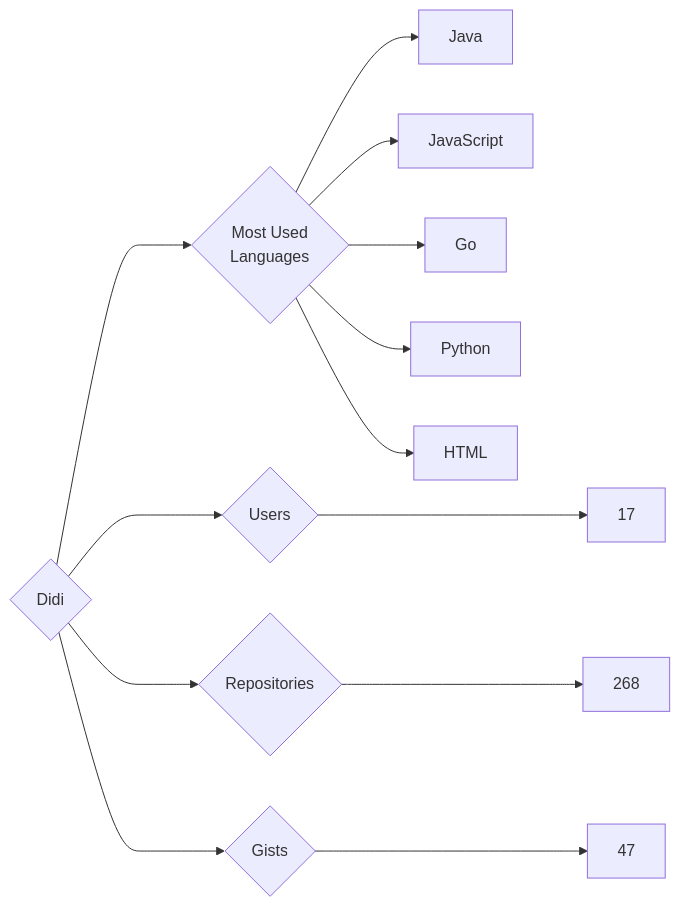
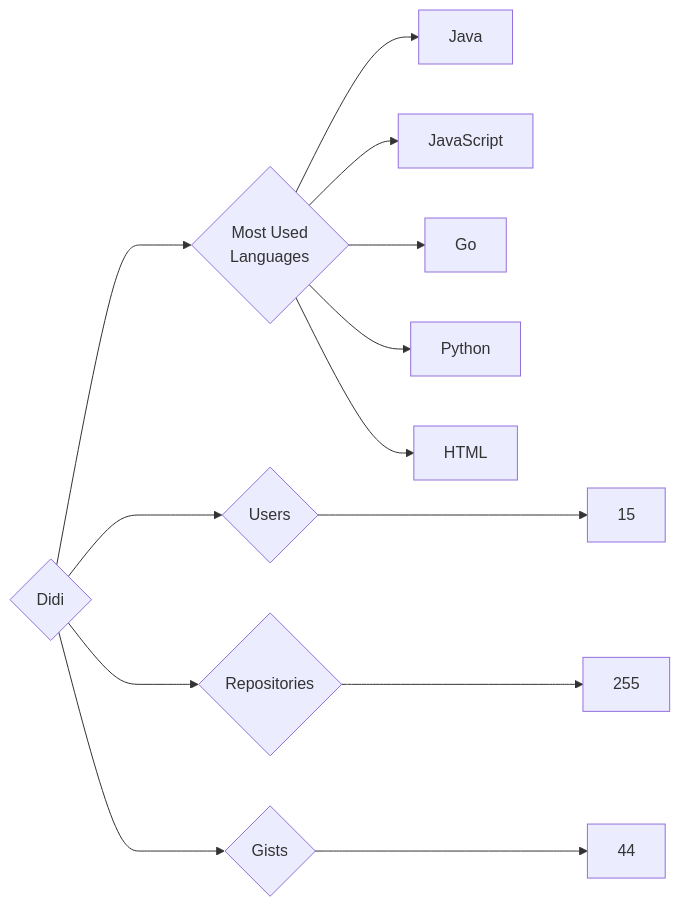
One commit to trickest/insiders changed the diagram in targets/Didi/README.md. Above: the diagram before and after it, drawn with Mermaid. The commit also changed 1020 other files, not shown here.

````diff
--- a/targets/Didi/README.md
+++ b/targets/Didi/README.md
@@ -3,13 +3,13 @@
 ```mermaid
 graph LR
 COMPANY_NAME{Didi}
-COMPANY_NAME ---> U{Users} ---> UN[17]
-COMPANY_NAME ---> R{Repositories} ---> RN[268]
-COMPANY_NAME ---> G{Gists} ---> GN[47]
+COMPANY_NAME ---> U{Users} ---> UN[15]
+COMPANY_NAME ---> R{Repositories} ---> RN[255]
+COMPANY_NAME ---> G{Gists} ---> GN[44]
 COMPANY_NAME ---> ML{Most Used<br>Languages}
 ML --> Java[Java]
 ML --> JavaScript[JavaScript]
 ML --> Go[Go]
 ML --> Python[Python]
 ML --> HTML[HTML]
 ```
````
